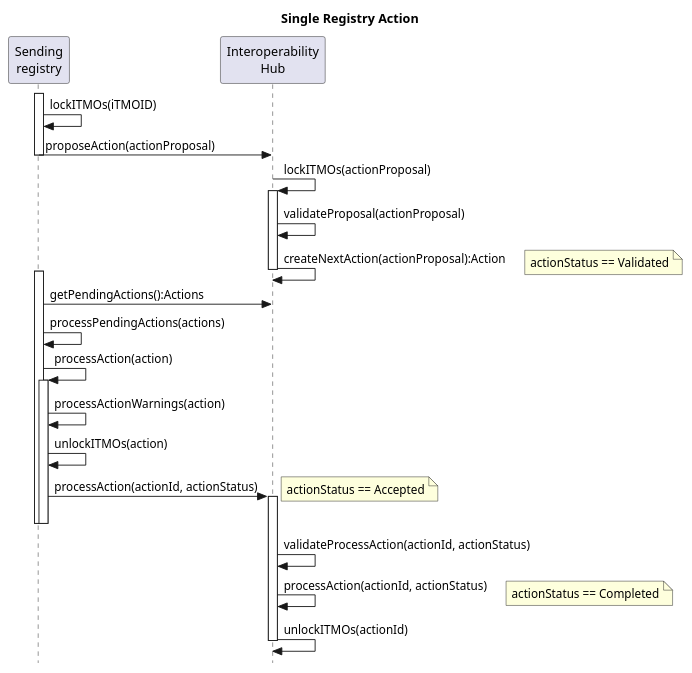
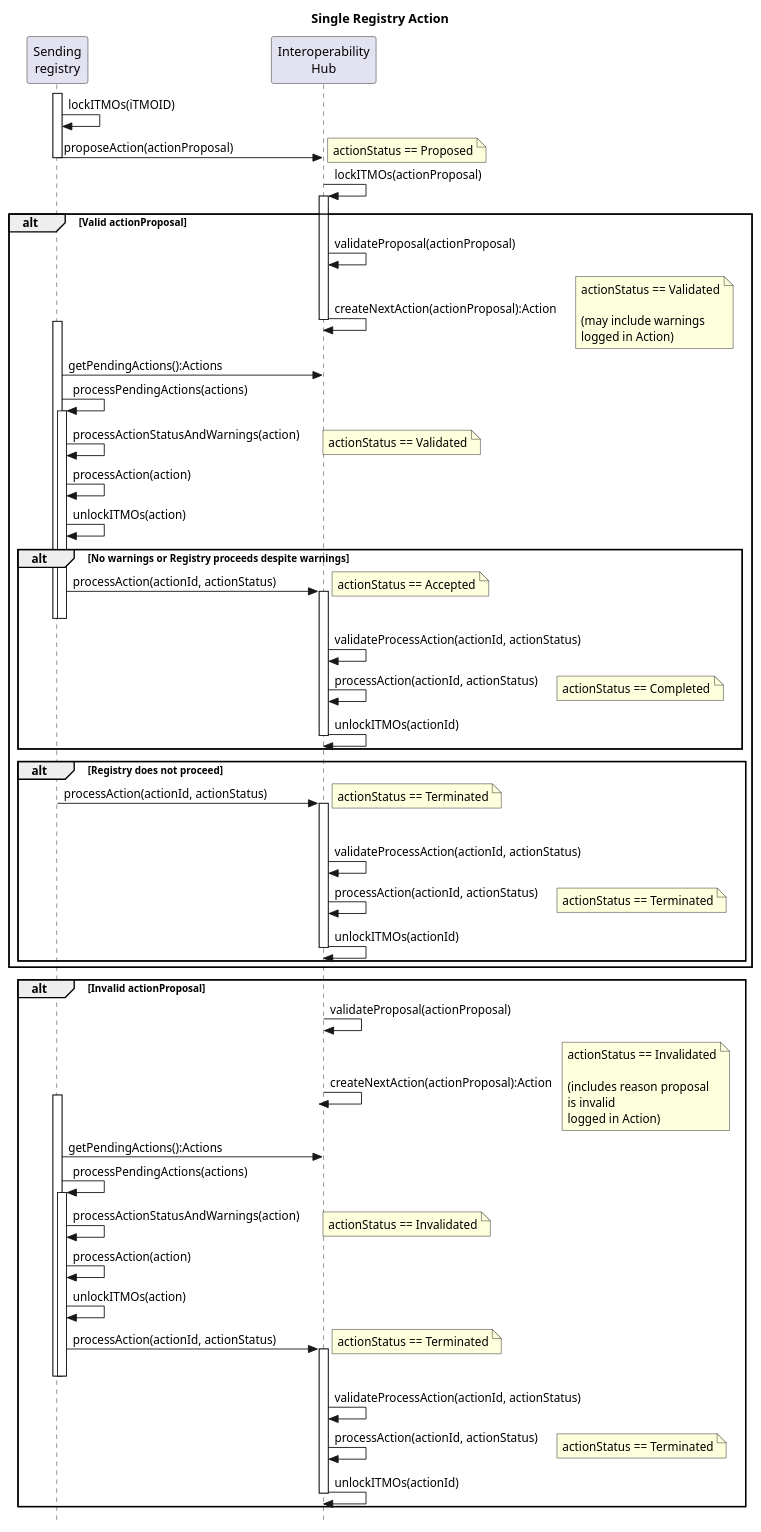
Before and after one commit to frankcnng/CARP: the diagram in diagrams/Single Registry Action Sequence.puml, drawn with PlantUML.

Commit message:
Update Single Registry Action Sequence.puml
Added alternate flows - yes, I know!

```diff
--- a/diagrams/Single Registry Action Sequence.puml
+++ b/diagrams/Single Registry Action Sequence.puml
@@ -1,38 +1,92 @@
 @startuml Single Registry Action
 
 title Single Registry Action
 
 skinparam style strictuml
 
 participant "Sending\nregistry" as Sender
 participant "Interoperability\nHub" as Hub
 
 activate Sender
 Sender -> Sender: lockITMOs(iTMOID)
 Sender -> Hub : proposeAction(actionProposal)
+note right: actionStatus == Proposed
 deactivate Sender
 
 Hub -> Hub++: lockITMOs(actionProposal)
-Hub -> Hub: validateProposal(actionProposal)
-Hub -> Hub--: createNextAction(actionProposal):Action
-note right: actionStatus == Validated
 
-activate Sender
-Sender -> Hub : getPendingActions():Actions
+alt Valid actionProposal
 
-Sender -> Sender: processPendingActions(actions)
+  Hub -> Hub: validateProposal(actionProposal)
+  Hub -> Hub--: createNextAction(actionProposal):Action
+  note right: actionStatus == Validated\n\n(may include warnings\nlogged in Action)
+  
+  activate Sender
+  Sender -> Hub : getPendingActions():Actions
+  
+  Sender -> Sender: processPendingActions(actions)
+  activate Sender
+  Sender -> Sender: processActionStatusAndWarnings(action)
+  note right: actionStatus == Validated
+  Sender -> Sender: processAction(action)
+  Sender -> Sender: unlockITMOs(action)
 
-Sender -> Sender: processAction(action)
-activate Sender
-Sender -> Sender: processActionWarnings(action)
-Sender -> Sender: unlockITMOs(action)
-Sender -> Hub++: processAction(actionId, actionStatus)
-note right: actionStatus == Accepted
-deactivate Sender
-deactivate Sender
-Hub -> Hub: validateProcessAction(actionId, actionStatus)
-Hub -> Hub: processAction(actionId, actionStatus)
-note right: actionStatus == Completed
-Hub -> Hub--: unlockITMOs(actionId)
+  alt No warnings or Registry proceeds despite warnings
+
+    Sender -> Hub++: processAction(actionId, actionStatus)
+    note right: actionStatus == Accepted
+    deactivate Sender
+    deactivate Sender
+    Hub -> Hub: validateProcessAction(actionId, actionStatus)
+    Hub -> Hub: processAction(actionId, actionStatus)
+    note right: actionStatus == Completed
+    Hub -> Hub--: unlockITMOs(actionId)
+  
+  end
+  
+  alt Registry does not proceed
+
+    activate Sender
+    activate Sender
+    Sender -> Hub++: processAction(actionId, actionStatus)
+    note right: actionStatus == Terminated
+    deactivate Sender
+    deactivate Sender
+    Hub -> Hub: validateProcessAction(actionId, actionStatus)
+    Hub -> Hub: processAction(actionId, actionStatus)
+    note right: actionStatus == Terminated
+    Hub -> Hub--: unlockITMOs(actionId)
+  
+  end
+end
+
+alt Invalid actionProposal
+
+  Hub -> Hub: validateProposal(actionProposal)
+  Hub -> Hub--: createNextAction(actionProposal):Action
+  note right: actionStatus == Invalidated\n\n(includes reason proposal\nis invalid\nlogged in Action)
+  
+  activate Sender
+  Sender -> Hub : getPendingActions():Actions
+  
+  Sender -> Sender: processPendingActions(actions)
+  activate Sender
+  Sender -> Sender: processActionStatusAndWarnings(action)
+  note right: actionStatus == Invalidated
+
+  Sender -> Sender: processAction(action)
+  Sender -> Sender: unlockITMOs(action)
+  
+    Sender -> Hub++: processAction(actionId, actionStatus)
+    note right: actionStatus == Terminated
+    deactivate Sender
+    deactivate Sender
+    Hub -> Hub: validateProcessAction(actionId, actionStatus)
+    Hub -> Hub: processAction(actionId, actionStatus)
+    note right: actionStatus == Terminated
+    Hub -> Hub--: unlockITMOs(actionId)
+
+end
+
 
 @enduml
```
